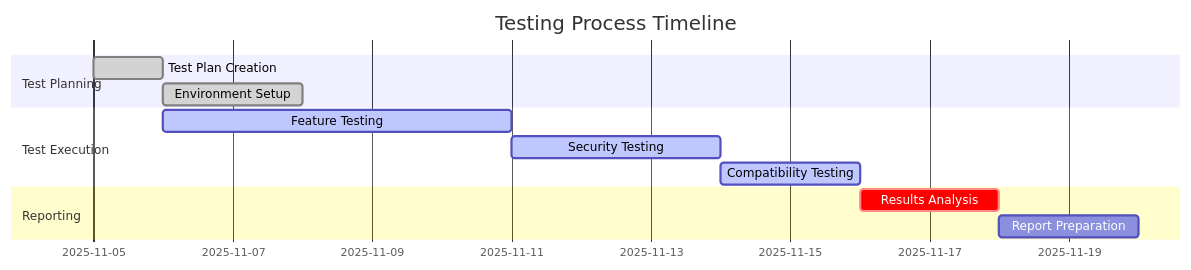
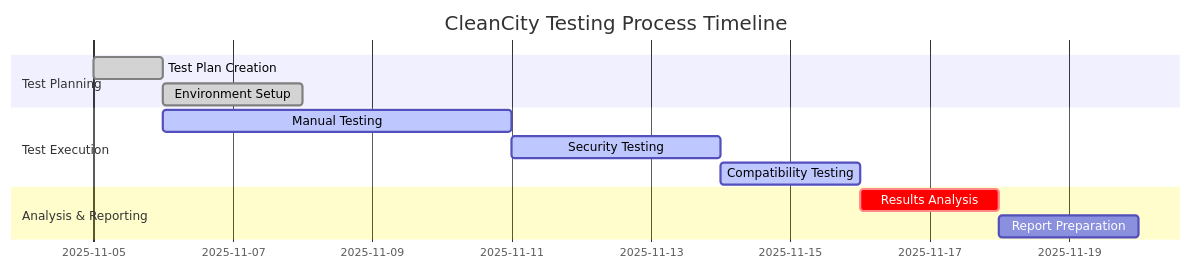
Before and after one commit to PLP-Database-Design/wk-6-jackiecherotich-1: the first of 6 diagrams in TEST_REPORT.md, drawn with Mermaid. The commit also changed other lines of this file, not shown here.

First line of the commit message:
Revise Software Test Report for CleanCity Scheduler

````diff
--- a/TEST_REPORT.md
+++ b/TEST_REPORT.md
@@ -217,15 +184,15 @@
 ```mermaid
 gantt
-    title Testing Process Timeline
+    title CleanCity Testing Process Timeline
     dateFormat  YYYY-MM-DD
     section Test Planning
     Test Plan Creation       :done, plan1, 2025-11-05, 1d
     Environment Setup        :done, plan2, after plan1, 2d
     section Test Execution
-    Feature Testing          :active, exec1, 2025-11-06, 5d
+    Manual Testing          :active, exec1, 2025-11-06, 5d
     Security Testing         :active, exec2, after exec1, 3d
     Compatibility Testing    :active, exec3, after exec2, 2d
-    section Reporting
+    section Analysis & Reporting
     Results Analysis         :crit, report1, after exec3, 2d
     Report Preparation       :report2, after report1, 2d
 ```
````
